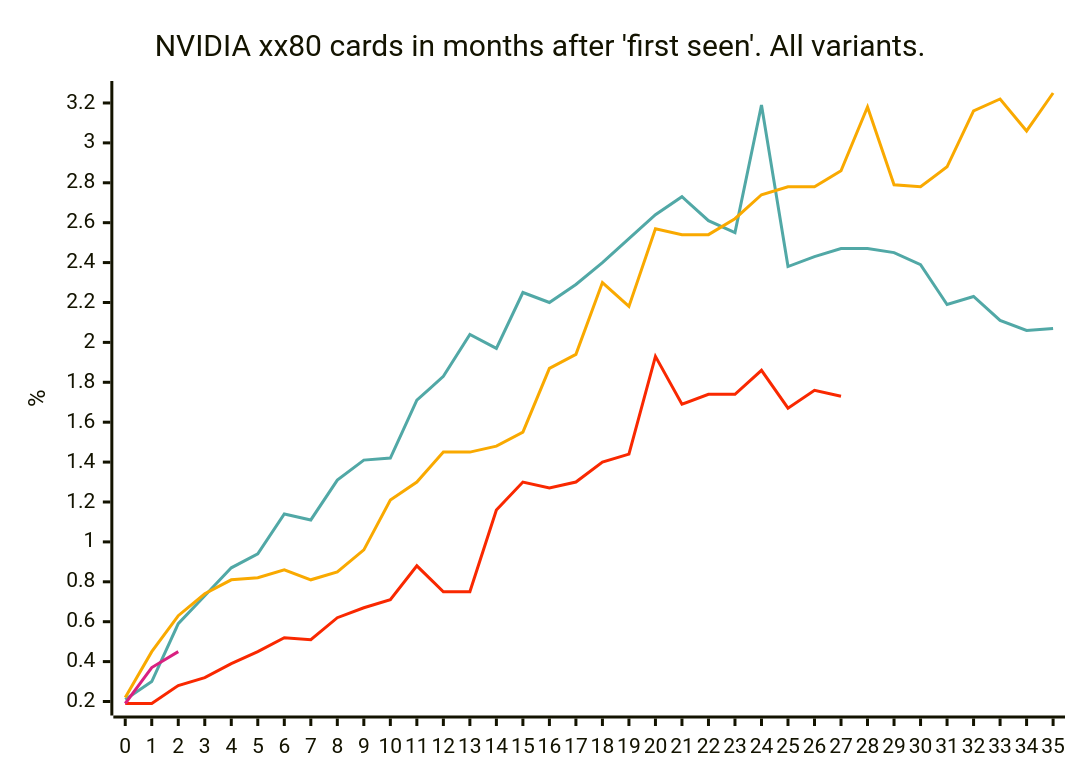
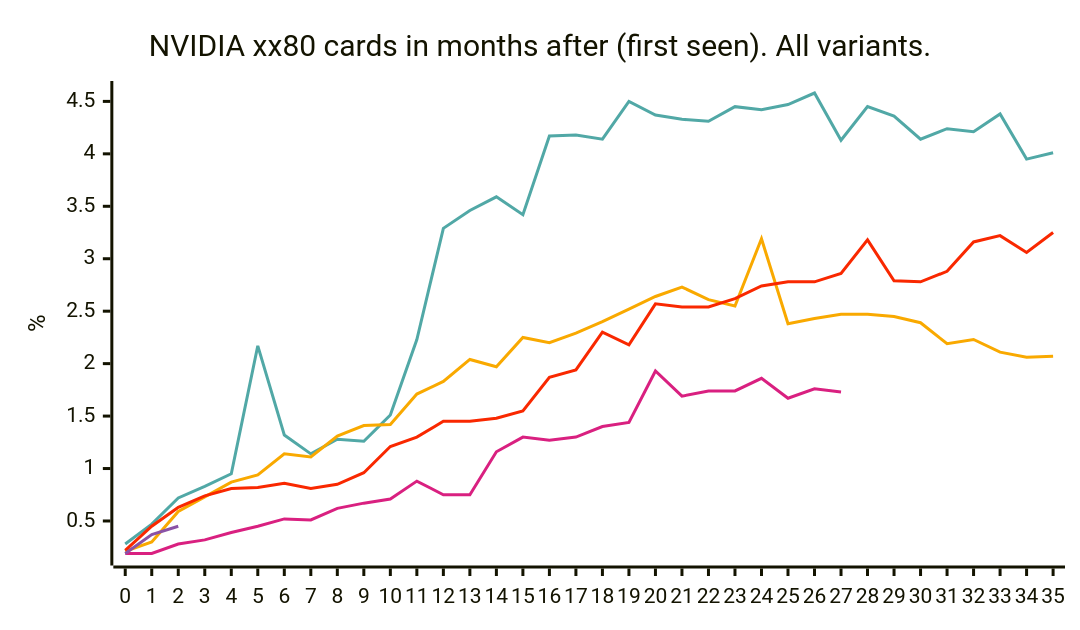
The third of 12 diagrams in README.md (jdegene/steamHWsurvey), drawn with Mermaid before and after one commit. The commit also changed other lines of this file and 1 other file, not shown here.

Commit message:
added more graphs

````diff
--- a/README.md
+++ b/README.md
@@ -80,18 +122,24 @@
 ```mermaid
 ---
 config:
+    xyChart:
+        width: 700
+        height: 400
+        
     themeVariables:
         xyChart:
             plotColorPalette: "#51a8a6,#f9a900,#f92800,#d92080,#8a52a6"
+
 --- 
 
 
 xychart-beta
-    title "NVIDIA xx80 cards in months after 'first seen'. All variants."
+    title "NVIDIA xx80 cards in months after (first seen). All variants."
     x-axis[0, 1, 2, 3, 4, 5, 6, 7, 8, 9, 10, 11, 12, 13, 14, 15, 16, 17, 18, 19, 20, 21, 22, 23, 24, 25, 26, 27, 28, 29, 30, 31, 32, 33, 34, 35]
     y-axis "%" 
+    line [0.27999999999999997, 0.47000000000000003, 0.72, 0.83, 0.95, 2.17, 1.32, 1.1400000000000001, 1.2799999999999998, 1.26, 1.5099999999999998, 2.23, 3.29, 3.46, 3.5900000000000003, 3.42, 4.17, 4.180000000000001, 4.14, 4.5, 4.37, 4.33, 4.31, 4.45, 4.42, 4.470000000000001, 4.58, 4.130000000000001, 4.45, 4.36, 4.14, 4.24, 4.21, 4.38, 3.95, 4.01]
     line [0.21, 0.3, 0.59, 0.7299999999999999, 0.8699999999999999, 0.9400000000000001, 1.1400000000000001, 1.1099999999999999, 1.31, 1.41, 1.4200000000000002, 1.71, 1.83, 2.04, 1.97, 2.25, 2.1999999999999997, 2.29, 2.4, 2.52, 2.64, 2.73, 2.6100000000000003, 2.5500000000000003, 3.19, 2.3800000000000003, 2.43, 2.4699999999999998, 2.4699999999999998, 2.45, 2.3899999999999997, 2.19, 2.23, 2.11, 2.06, 2.07]
     line [0.22, 0.44999999999999996, 0.63, 0.74, 0.8099999999999999, 0.8200000000000001, 0.86, 0.8099999999999999, 0.8500000000000001, 0.96, 1.21, 1.3, 1.4500000000000002, 1.45, 1.48, 1.55, 1.87, 1.94, 2.3, 2.18, 2.5700000000000003, 2.54, 2.54, 2.62, 2.74, 2.78, 2.78, 2.86, 3.18, 2.79, 2.78, 2.88, 3.16, 3.2199999999999998, 3.06, 3.25]
     line [0.19, 0.19, 0.27999999999999997, 0.32, 0.38999999999999996, 0.44999999999999996, 0.52, 0.51, 0.62, 0.67, 0.7100000000000001, 0.88, 0.75, 0.75, 1.16, 1.3, 1.27, 1.3, 1.4000000000000001, 1.44, 1.9299999999999997, 1.69, 1.7399999999999998, 1.7399999999999998, 1.8599999999999999, 1.67, 1.7599999999999998, 1.73]
     line [0.19, 0.37, 0.44999999999999996]
 ``` 
````
